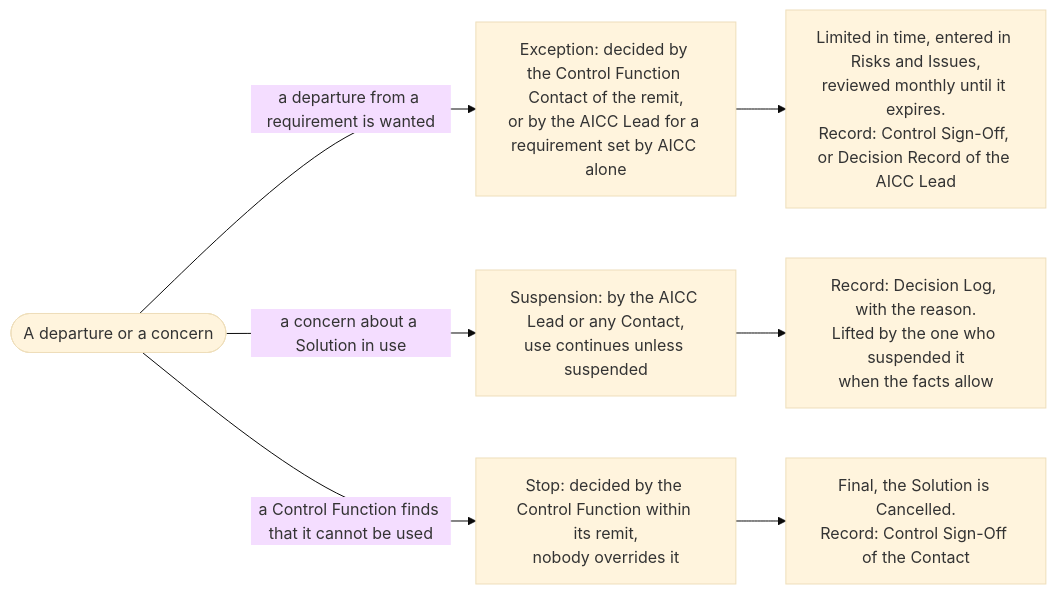
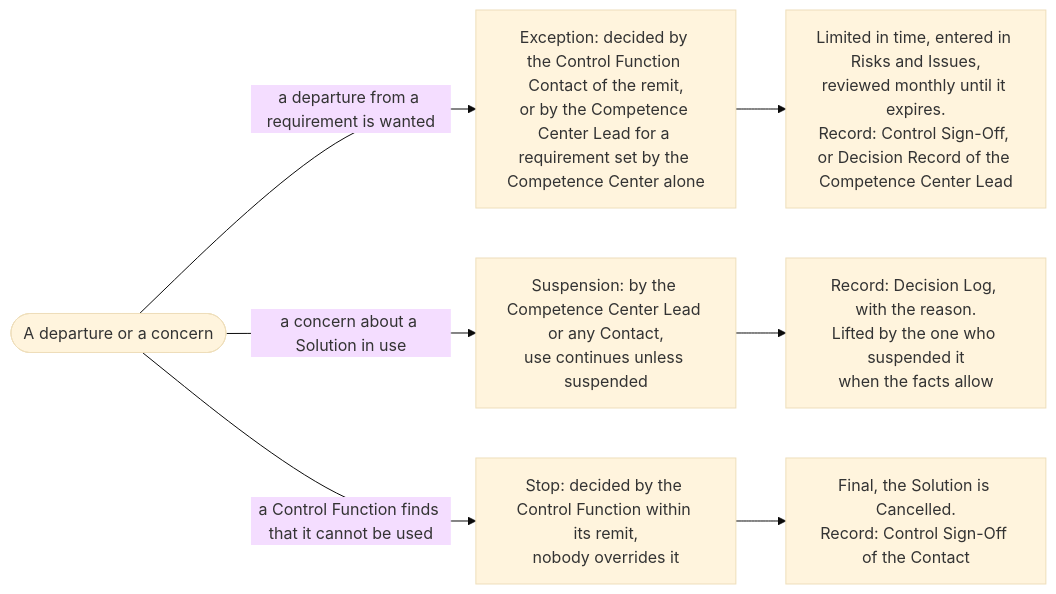
Before and after one commit to devhogu/ob-aicc: the third of 3 diagrams in charter/en/workflows/ai-risk-control.md, drawn with Mermaid (base theme). The commit also changed other lines of this file and 1149 other files, not shown here.

First line of the commit message:
The name Competence Center: AICC stays only as a code (DR-2026-066)

````diff
--- a/charter/en/workflows/ai-risk-control.md
+++ b/charter/en/workflows/ai-risk-control.md
@@ -89,10 +89,10 @@
 ```mermaid
 flowchart LR
   EV(["A departure or a concern"])
-  EV -->|"a departure from a requirement is wanted"| X1["Exception: decided by the Control Function Contact of the remit,<br/>or by the AICC Lead for a requirement set by AICC alone"]
-  X1 --> X2["Limited in time, entered in Risks and Issues,<br/>reviewed monthly until it expires.<br/>Record: Control Sign-Off, or Decision Record of the AICC Lead"]
-  EV -->|"a concern about a Solution in use"| S1["Suspension: by the AICC Lead or any Contact,<br/>use continues unless suspended"]
+  EV -->|"a departure from a requirement is wanted"| X1["Exception: decided by the Control Function Contact of the remit,<br/>or by the Competence Center Lead for a requirement set by the Competence Center alone"]
+  X1 --> X2["Limited in time, entered in Risks and Issues,<br/>reviewed monthly until it expires.<br/>Record: Control Sign-Off, or Decision Record of the Competence Center Lead"]
+  EV -->|"a concern about a Solution in use"| S1["Suspension: by the Competence Center Lead or any Contact,<br/>use continues unless suspended"]
   S1 --> S2["Record: Decision Log, with the reason.<br/>Lifted by the one who suspended it<br/>when the facts allow"]
   EV -->|"a Control Function finds that it cannot be used"| T1["Stop: decided by the Control Function within its remit,<br/>nobody overrides it"]
   T1 --> T2["Final, the Solution is Cancelled.<br/>Record: Control Sign-Off of the Contact"]
 ```
````
